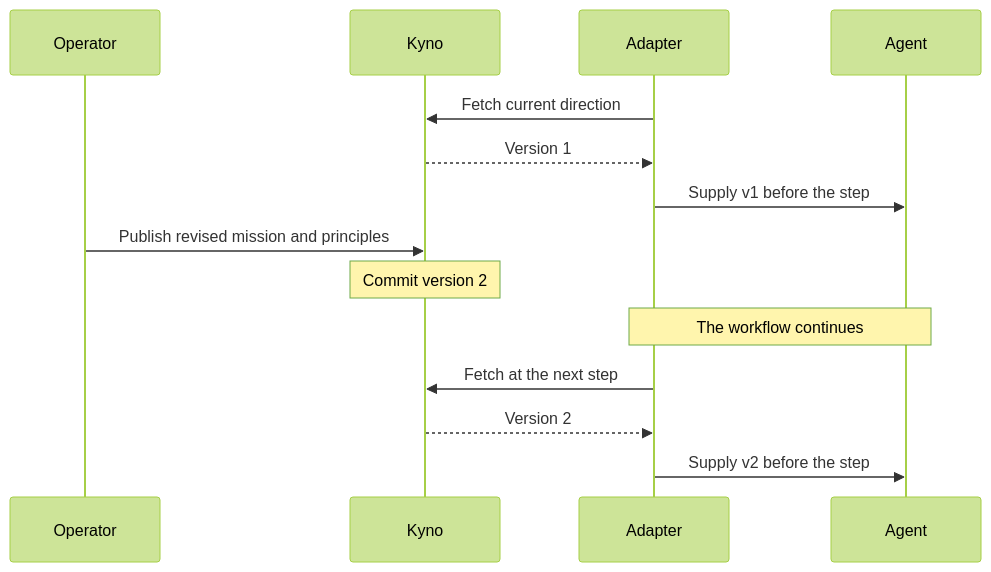
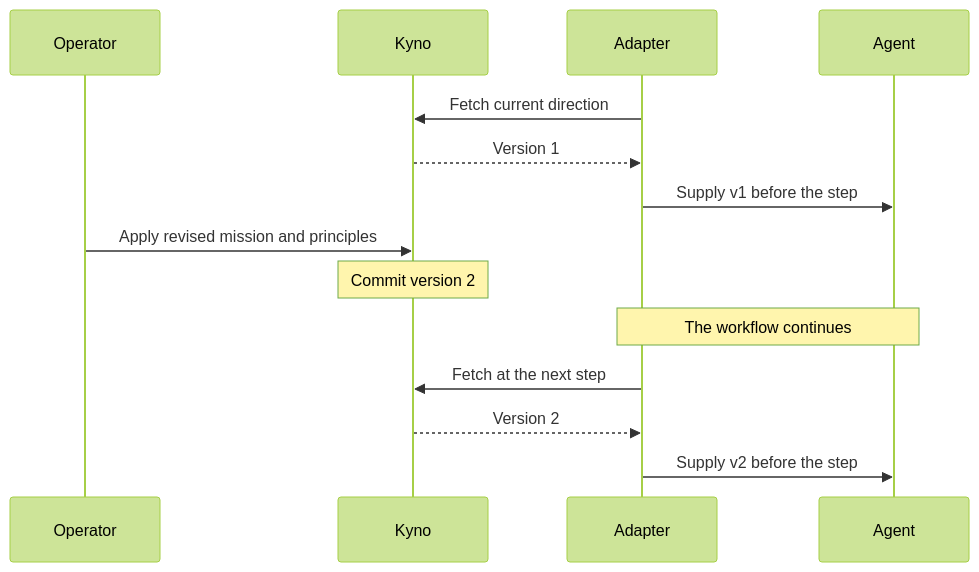
The diagram in README.md (cizambra/kyno), drawn with Mermaid (forest theme) before and after one commit. The commit also changed other lines of this file, not shown here.

````diff
--- a/README.md
+++ b/README.md
@@ -58,16 +37,16 @@
 ```mermaid
 sequenceDiagram
     participant Operator
     participant Kyno
     participant Adapter
     participant Agent
     Adapter->>Kyno: Fetch current direction
     Kyno-->>Adapter: Version 1
     Adapter->>Agent: Supply v1 before the step
-    Operator->>Kyno: Publish revised mission and principles
+    Operator->>Kyno: Apply revised mission and principles
     Note over Kyno: Commit version 2
     Note over Adapter,Agent: The workflow continues
     Adapter->>Kyno: Fetch at the next step
     Kyno-->>Adapter: Version 2
     Adapter->>Agent: Supply v2 before the step
 ```
````
